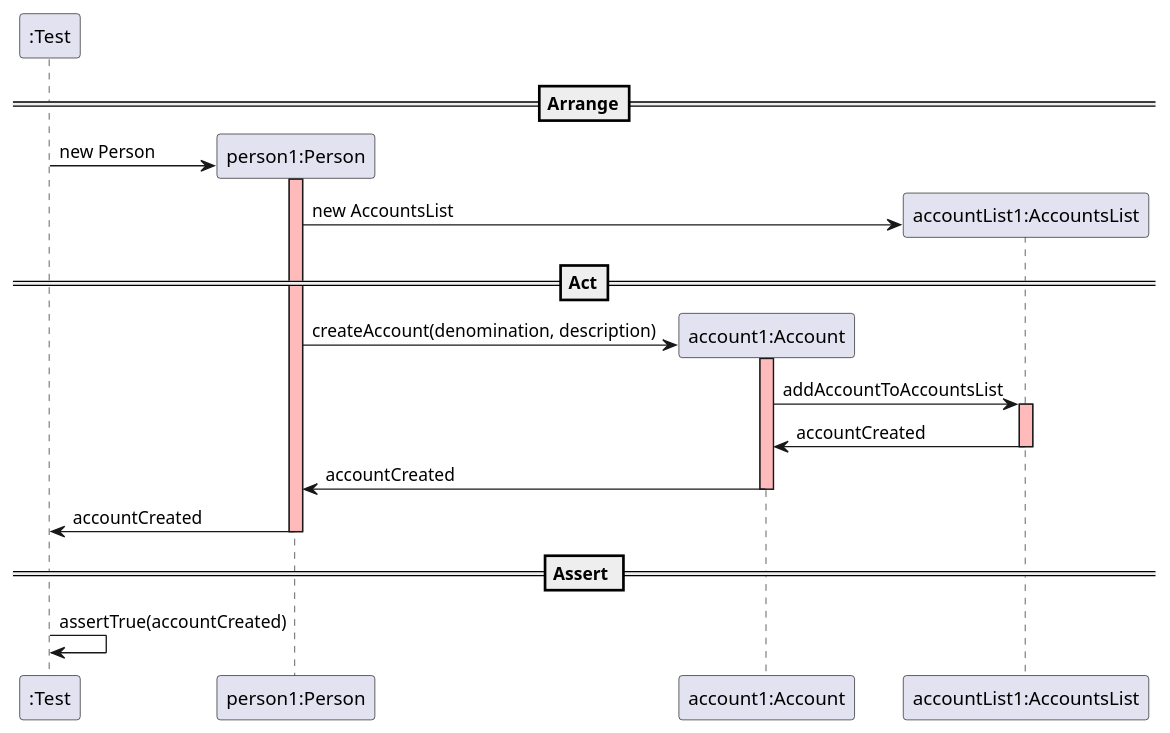
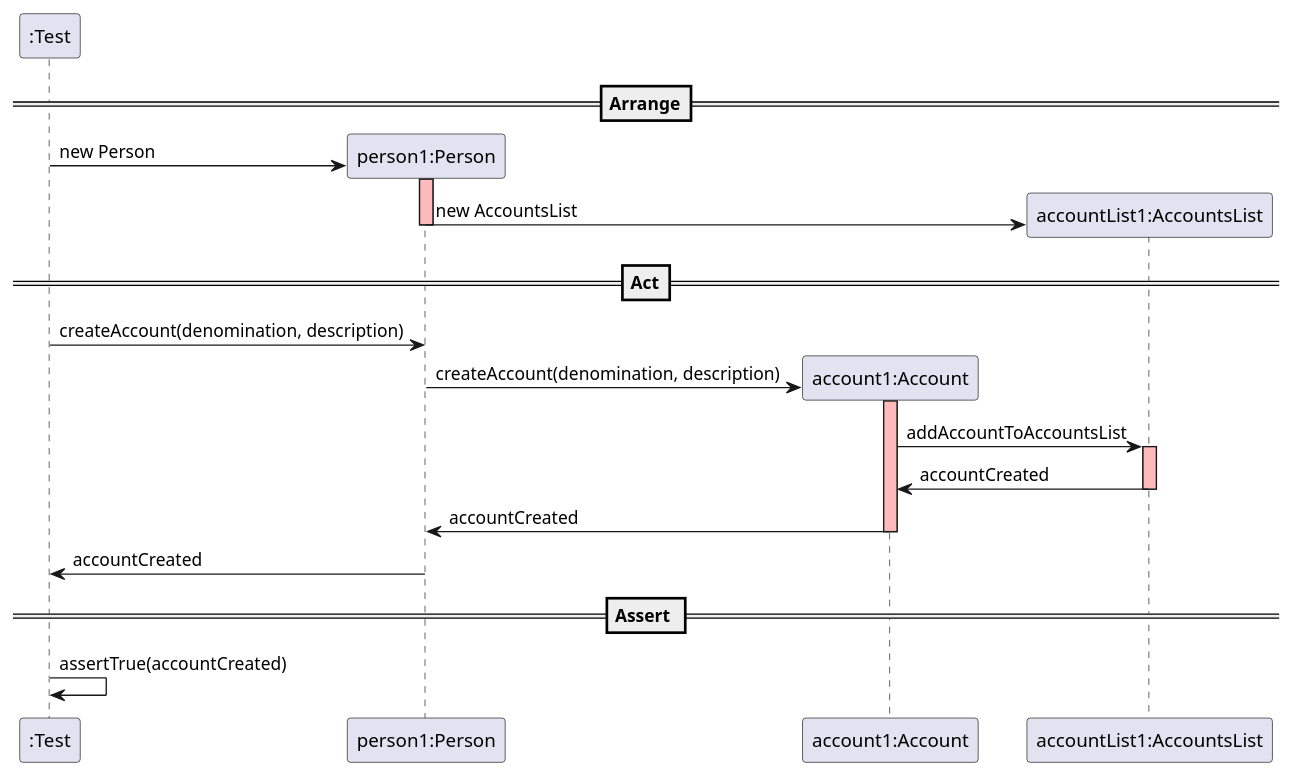
Before and after one commit to mleitaoribeiro/DevOpsMaven: the diagram in docs/SequenceDiagram - UserStory6.puml, drawn with PlantUML.

Commit message:
ref#260: Sequence Diagram - create the sequence diagram for UserStory006, reviwed

```diff
--- a/docs/SequenceDiagram - UserStory6.puml
+++ b/docs/SequenceDiagram - UserStory6.puml
@@ -1,34 +1,37 @@
 @startuml
 create ":Test"
 
 ==Arrange==
 
 create "person1:Person"
 ":Test" -> "person1:Person" : new Person
 activate "person1:Person" #FFBBBB
 
 create "account1:Account"
 create "accountList1:AccountsList"
+
 "person1:Person" -> "accountList1:AccountsList" : new AccountsList
+deactivate "person1:Person" #FFBBBB
 
 ==Act==
+":Test" -> "person1:Person" : createAccount(denomination, description)
 create "account1:Account"
 "person1:Person" -> "account1:Account" : createAccount(denomination, description)
 activate "account1:Account" #FFBBBB
 
 "account1:Account" -> "accountList1:AccountsList" : addAccountToAccountsList
 activate "accountList1:AccountsList" #FFBBBB
 
 "accountList1:AccountsList" -> "account1:Account" : accountCreated
 deactivate "accountList1:AccountsList" #FFBBBB
 
 "account1:Account" -> "person1:Person" : accountCreated
 deactivate "account1:Account" #FFBBBB
 
 "person1:Person" -> ":Test" : accountCreated
 deactivate "person1:Person" #FFBBBB
 
 == Assert ==
 
 ":Test" -> ":Test" : assertTrue(accountCreated)
 @enduml
```
